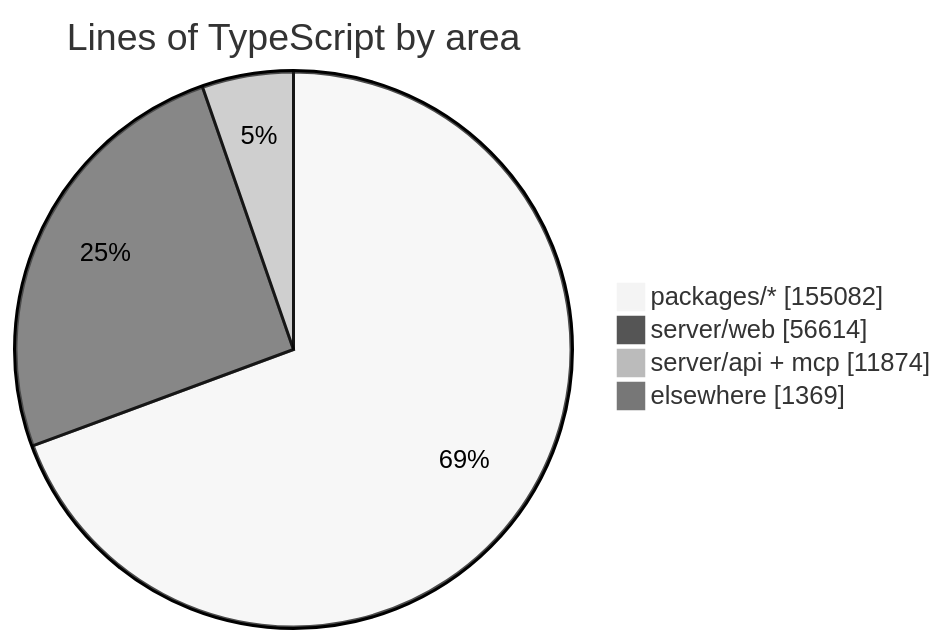
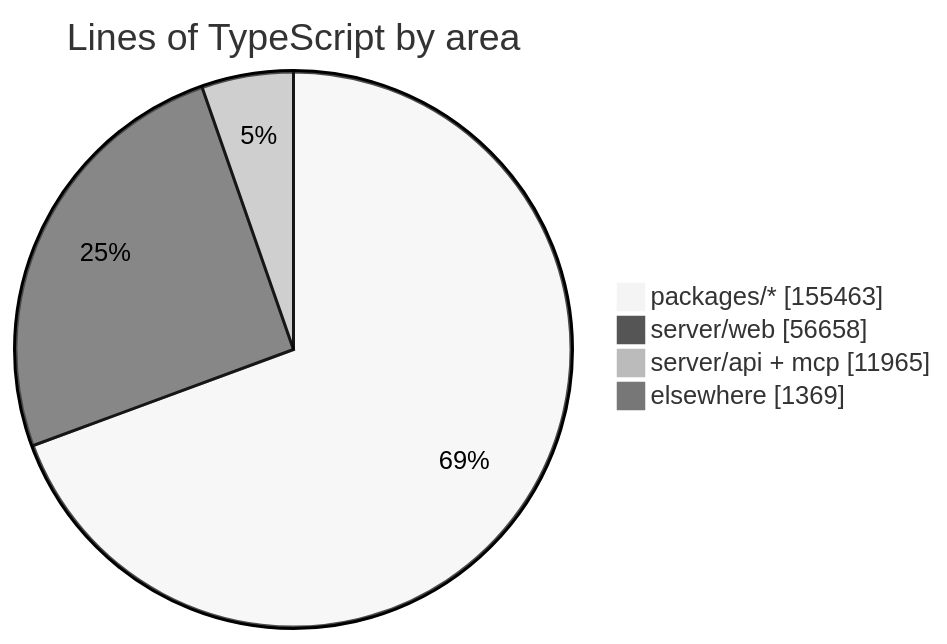
One commit to crossworks-engineering/mantle changed the diagram in README.md. Above: the diagram before and after it, drawn with Mermaid (neutral theme). The commit also changed other lines of this file and 2 other files, not shown here.

````diff
--- a/README.md
+++ b/README.md
@@ -279,7 +279,7 @@
 ```mermaid
 pie showData title Lines of TypeScript by area
-    "packages/*" : 155082
-    "server/web" : 56614
-    "server/api + mcp" : 11874
+    "packages/*" : 155463
+    "server/web" : 56658
+    "server/api + mcp" : 11965
     "elsewhere" : 1369
 ```
````
